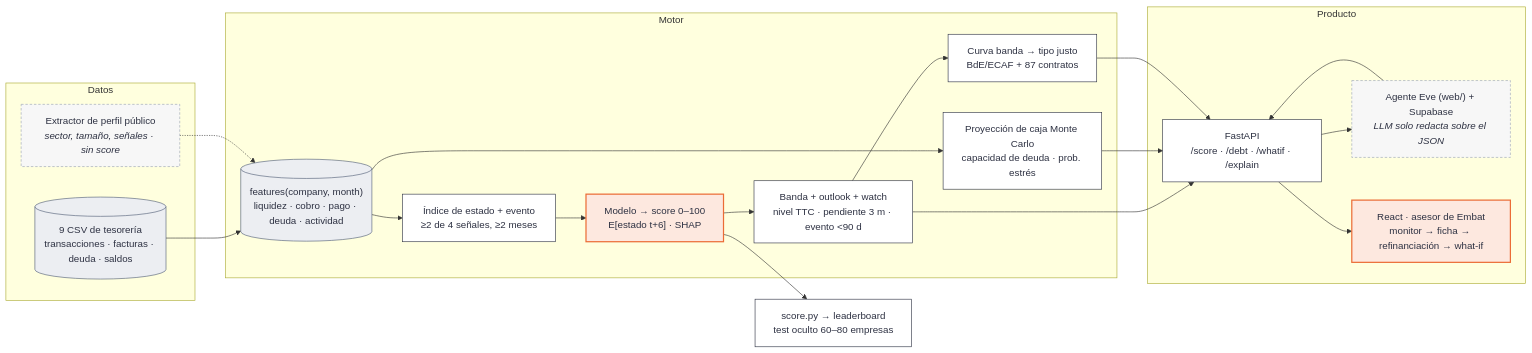
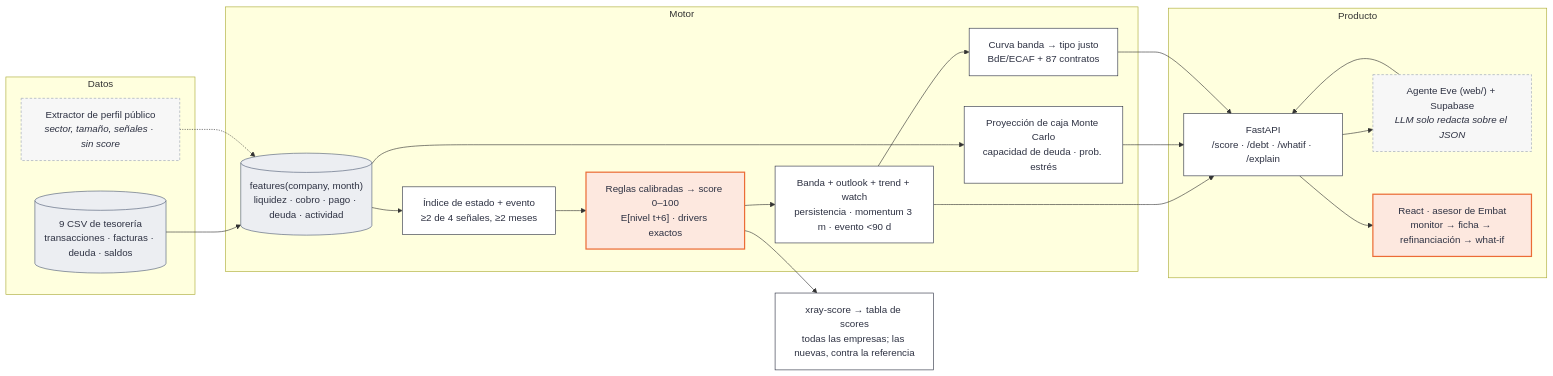
Before and after one commit to alvarovillalbaa/hackspain-2026: the diagram in README.md, drawn with Mermaid. The commit also changed other lines of this file and 6 other files, not shown here.

````diff
--- a/README.md
+++ b/README.md
@@ -16,42 +16,42 @@
 ```mermaid
 flowchart LR
     classDef focal fill:#fde8df,stroke:#eb6c36,stroke-width:2px,color:#2d3142
     classDef store fill:#eceef2,stroke:#4f5d75,color:#2d3142
     classDef ext fill:#f7f7f7,stroke:#9aa3b5,stroke-dasharray:4 3,color:#2d3142
     classDef node fill:#ffffff,stroke:#2d3142,color:#2d3142
 
     subgraph DATOS["Datos"]
         CSV[("9 CSV de tesorería<br/>transacciones · facturas · deuda · saldos")]:::store
         PUB["Extractor de perfil público<br/><i>sector, tamaño, señales · sin score</i>"]:::ext
     end
 
     subgraph MOTOR["Motor"]
         FEAT[("features(company, month)<br/>liquidez · cobro · pago · deuda · actividad")]:::store
         IDX["Índice de estado + evento<br/>≥2 de 4 señales, ≥2 meses"]:::node
-        MODEL["Modelo → score 0–100<br/>E[estado t+6] · SHAP"]:::focal
-        BAND["Banda + outlook + watch<br/>nivel TTC · pendiente 3 m · evento &lt;90 d"]:::node
+        MODEL["Reglas calibradas → score 0–100<br/>E[nivel t+6] · drivers exactos"]:::focal
+        BAND["Banda + outlook + trend + watch<br/>persistencia · momentum 3 m · evento &lt;90 d"]:::node
         MC["Proyección de caja Monte Carlo<br/>capacidad de deuda · prob. estrés"]:::node
         RATE["Curva banda → tipo justo<br/>BdE/ECAF + 87 contratos"]:::node
     end
 
     subgraph PRODUCTO["Producto"]
         API["FastAPI<br/>/score · /debt · /whatif · /explain"]:::node
         LLM["Agente Eve (web/) + Supabase<br/><i>LLM solo redacta sobre el JSON</i>"]:::ext
         FRONT["React · asesor de Embat<br/>monitor → ficha → refinanciación → what-if"]:::focal
     end
 
-    LB["score.py → leaderboard<br/>test oculto 60–80 empresas"]:::node
+    LB["xray-score → tabla de scores<br/>todas las empresas; las nuevas, contra la referencia"]:::node
 
     CSV --> FEAT
     PUB -.-> FEAT
     FEAT --> IDX --> MODEL
     FEAT --> MC
     MODEL --> BAND
     BAND --> RATE
     MODEL --> LB
     BAND --> API
     MC --> API
     RATE --> API
     API --> LLM --> API
     API --> FRONT
 ```
````
